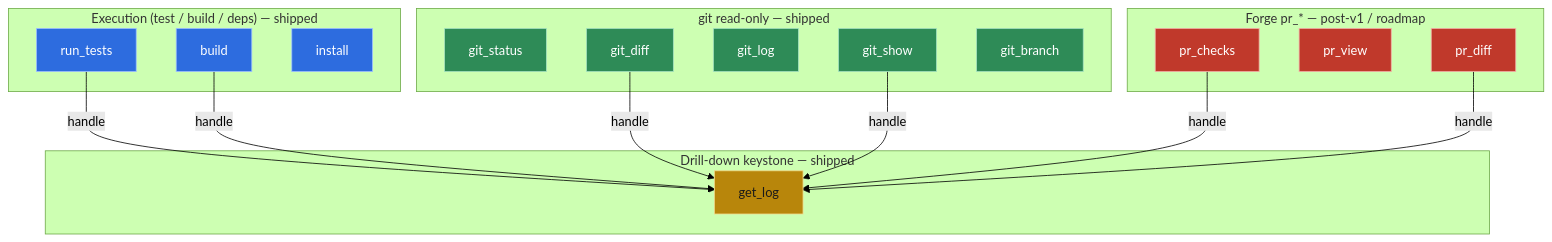
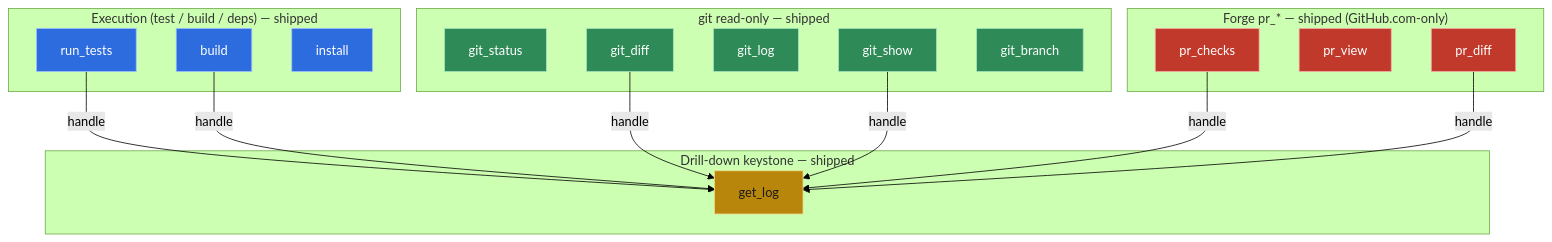
The diagram in docs/design/tool-catalog.md (rodrigorjsf/no-bash-mcp), drawn with Mermaid (forest theme) before and after one commit. The commit also changed other lines of this file and 2 other files, not shown here.

First line of the commit message:
docs(prd6): document shipped forge surface, fail-clear matrix, GHES honesty

````diff
--- a/docs/design/tool-catalog.md
+++ b/docs/design/tool-catalog.md
@@ -31,43 +31,43 @@
 ```mermaid
 flowchart TB
     classDef exec fill:#2d6cdf,stroke:#9ec1ff,color:#ffffff
     classDef gitv fill:#2e8b57,stroke:#a6e3c0,color:#ffffff
     classDef drill fill:#b8860b,stroke:#f0d98c,color:#1a1a1a
     classDef forge fill:#c0392b,stroke:#f3b1a8,color:#ffffff
 
     subgraph Exec["Execution (test / build / deps) — shipped"]
         RT[run_tests]
         BLD[build]
         INS[install]
     end
 
     subgraph Git["git read-only — shipped"]
         GS[git_status]
         GD[git_diff]
         GL[git_log]
         GH[git_show]
         GB[git_branch]
     end
 
     subgraph Drill["Drill-down keystone — shipped"]
         GLG[get_log]
     end
 
-    subgraph Forge["Forge pr_* — post-v1 / roadmap"]
+    subgraph Forge["Forge pr_* — shipped (GitHub.com-only)"]
         PC[pr_checks]
         PV[pr_view]
         PD[pr_diff]
     end
 
     RT -->|handle| GLG
     BLD -->|handle| GLG
     GD -->|handle| GLG
     GH -->|handle| GLG
     PC -->|handle| GLG
     PD -->|handle| GLG
 
     class RT,BLD,INS exec
     class GS,GD,GL,GH,GB gitv
     class GLG drill
     class PC,PV,PD forge
 ```
````
